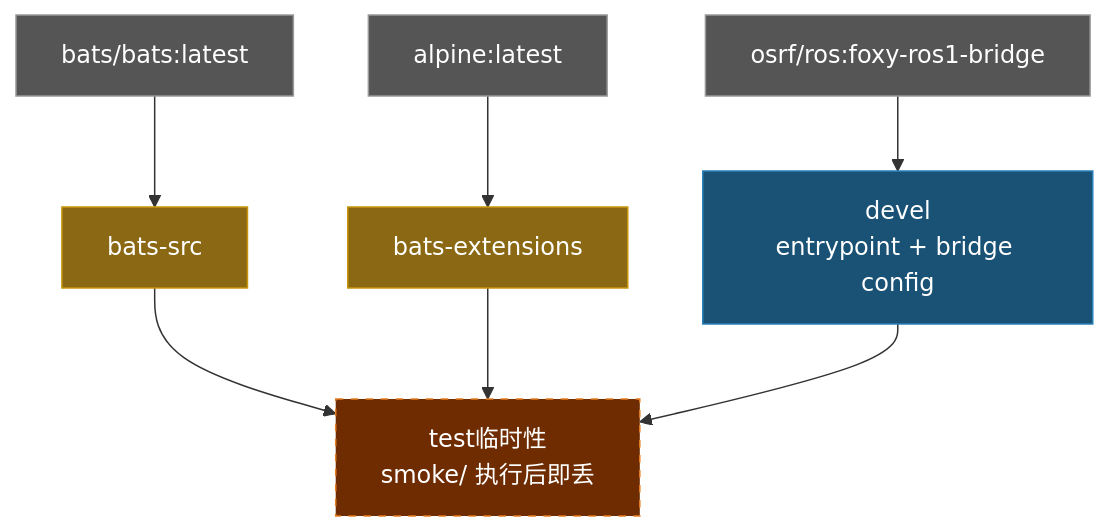
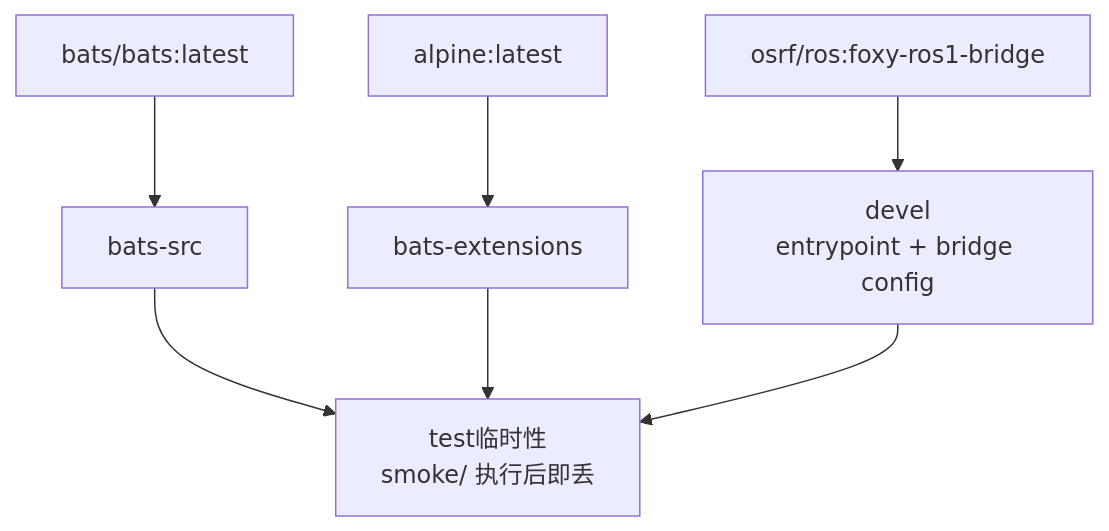
Before and after one commit to ycpss91255-docker/ros1_bridge: the diagram in doc/README.zh-CN.md, drawn with Mermaid. The commit also changed 3 other files, not shown here.

Commit message:
docs: remove mermaid background colors from architecture diagrams

````diff
--- a/doc/README.zh-CN.md
+++ b/doc/README.zh-CN.md
@@ -99,20 +99,16 @@
 ```mermaid
 graph TD
-    EXT1["bats/bats:latest"]:::external
-    EXT2["alpine:latest"]:::external
-    EXT3["osrf/ros:foxy-ros1-bridge"]:::external
+    EXT1["bats/bats:latest"]
+    EXT2["alpine:latest"]
+    EXT3["osrf/ros:foxy-ros1-bridge"]
 
-    EXT1 --> bats-src["bats-src"]:::tool
-    EXT2 --> bats-ext["bats-extensions"]:::tool
+    EXT1 --> bats-src["bats-src"]
+    EXT2 --> bats-ext["bats-extensions"]
 
-    EXT3 --> devel["devel\nentrypoint + bridge config"]:::stage
+    EXT3 --> devel["devel\nentrypoint + bridge config"]
 
-    bats-src --> test["test临时性\nsmoke/ 执行后即丢"]:::ephemeral
+    bats-src --> test["test临时性\nsmoke/ 执行后即丢"]
     bats-ext --> test
     devel --> test
 
-    classDef external fill:#555,color:#fff,stroke:#999
-    classDef tool fill:#8B6914,color:#fff,stroke:#c8960c
-    classDef stage fill:#1a5276,color:#fff,stroke:#2980b9
-    classDef ephemeral fill:#6e2c00,color:#fff,stroke:#e67e22,stroke-dasharray:5 5
 ```
````
